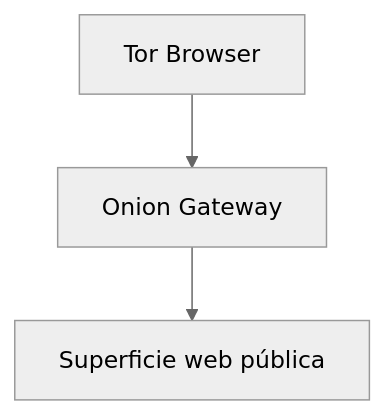
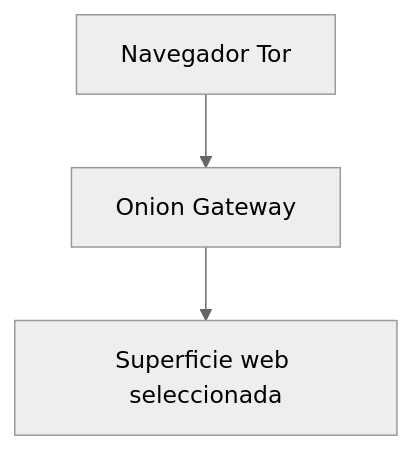
One commit to enigm-llc/docs changed the diagram in es/command/tor-gateway.mdx. Above: the diagram before and after it, drawn with Mermaid (neutral theme). The commit also changed other lines of this file and 43 other files, not shown here.

````diff
--- a/es/command/tor-gateway.mdx
+++ b/es/command/tor-gateway.mdx
@@ -37,8 +21,9 @@
 ```mermaid
 flowchart TD
-  Tor["Tor Browser"]
+  Browser["Navegador Tor"]
   Gateway["Onion Gateway"]
-  Web["Superficie web pública"]
+  Public["Superficie web seleccionada"]
 
-  Tor --> Gateway --> Web
+  Browser --> Gateway
+  Gateway --> Public
 ```
````
